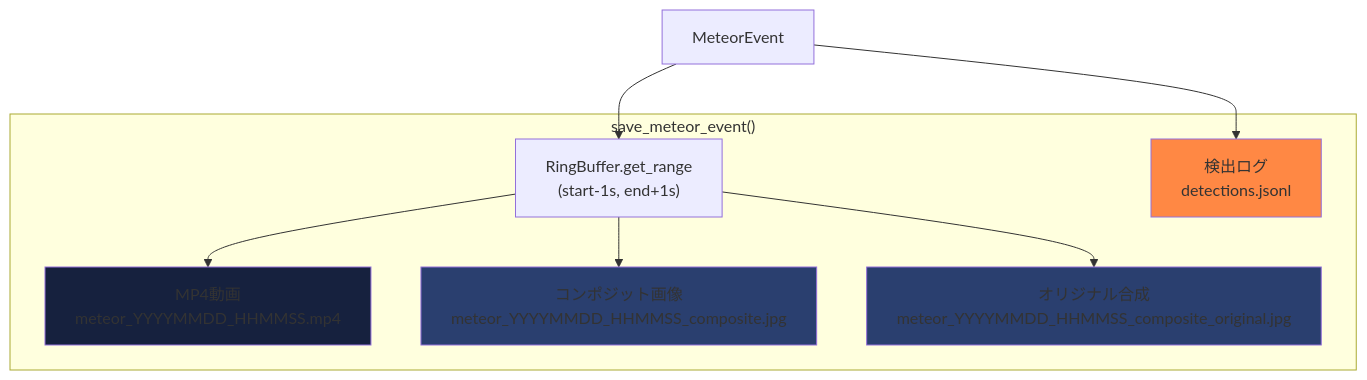
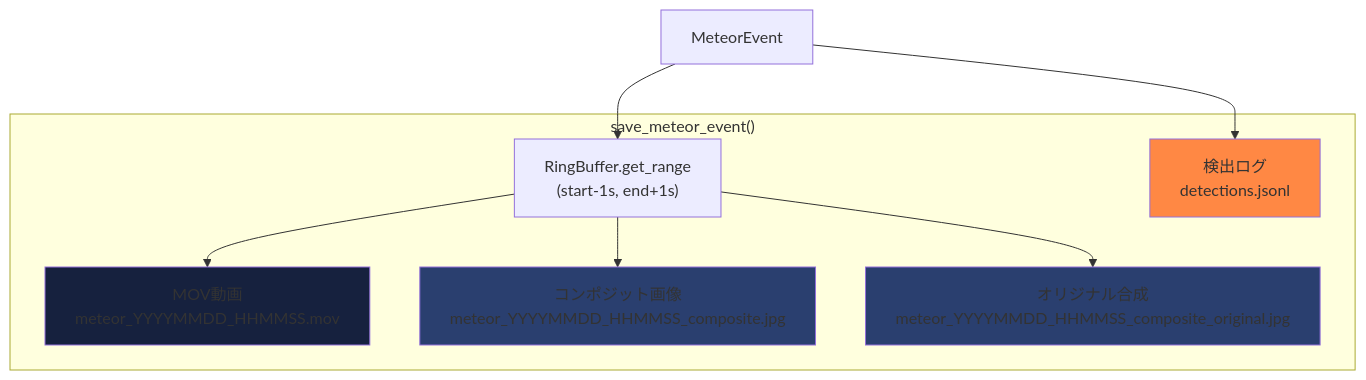
One commit to Masakai/meteo changed diagram 11 of 12 in documents/DETECTOR_COMPONENTS.md. Above: the diagram before and after it, drawn with Mermaid. The commit also changed other lines of this file and 15 other files, not shown here.

````diff
--- a/documents/DETECTOR_COMPONENTS.md
+++ b/documents/DETECTOR_COMPONENTS.md
@@ -607,24 +607,24 @@
 ```mermaid
 graph TD
     Event["MeteorEvent"]
 
     subgraph "save_meteor_event()"
         GetFrames["RingBuffer.get_range<br/>(start-1s, end+1s)"]
 
-        Video["MP4動画<br/>meteor_YYYYMMDD_HHMMSS.mp4"]
+        Video["MOV動画<br/>meteor_YYYYMMDD_HHMMSS.mov"]
         Composite["コンポジット画像<br/>meteor_YYYYMMDD_HHMMSS_composite.jpg"]
         Original["オリジナル合成<br/>meteor_YYYYMMDD_HHMMSS_composite_original.jpg"]
         JSONL["検出ログ<br/>detections.jsonl"]
     end
 
     Event --> GetFrames
     GetFrames --> Video
     GetFrames --> Composite
     GetFrames --> Original
     Event --> JSONL
 
     style Video fill:#16213e
     style Composite fill:#2a3f6f
     style Original fill:#2a3f6f
     style JSONL fill:#ff8844
 ```
````
